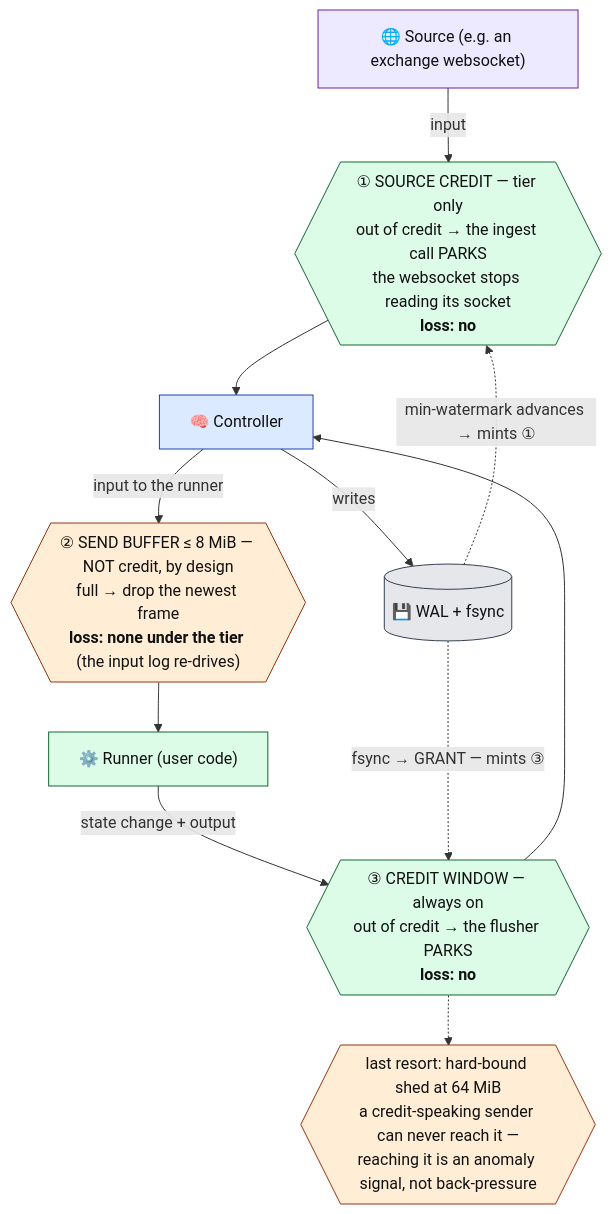
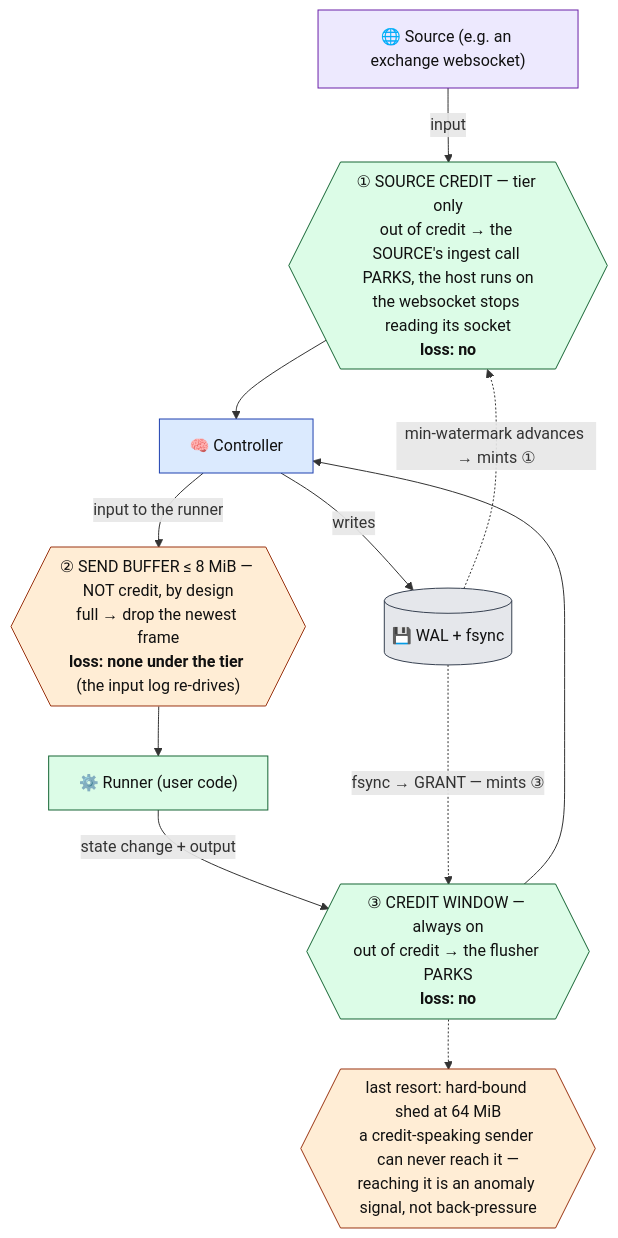
Before and after one commit to Flezha/flezha: diagram 12 of 17 in docs/architecture/kernel.md, drawn with Mermaid. The commit also changed other lines of this file and 21 other files, not shown here.

````diff
--- a/docs/architecture/kernel.md
+++ b/docs/architecture/kernel.md
@@ -543,26 +543,26 @@
 ```mermaid
 flowchart TB
     SRC["🌐 Source (e.g. an exchange websocket)"]:::src
-    G1{{"① SOURCE CREDIT — tier only<br/>out of credit → the ingest call PARKS<br/>the websocket stops reading its socket<br/><b>loss: no</b>"}}:::park
+    G1{{"① SOURCE CREDIT — tier only<br/>out of credit → the SOURCE's ingest call PARKS, the host runs on<br/>the websocket stops reading its socket<br/><b>loss: no</b>"}}:::park
     CTRL["🧠 Controller"]:::ctrl
     G2{{"② SEND BUFFER ≤ 8 MiB — NOT credit, by design<br/>full → drop the newest frame<br/><b>loss: none under the tier</b> (the input log re-drives)"}}:::drop
     EX["⚙️ Runner (user code)"]:::exec
     G3{{"③ CREDIT WINDOW — always on<br/>out of credit → the flusher PARKS<br/><b>loss: no</b>"}}:::park
     WAL[("💾 WAL + fsync")]:::store
     SHED{{"last resort: hard-bound shed at 64 MiB<br/>a credit-speaking sender can never reach it —<br/>reaching it is an anomaly signal, not back-pressure"}}:::drop
 
     SRC -->|"input"| G1 --> CTRL
     CTRL -->|"input to the runner"| G2 --> EX
     EX -->|"state change + output"| G3 --> CTRL
     CTRL -->|"writes"| WAL
     WAL -.->|"fsync → GRANT — mints ③"| G3
     WAL -.->|"min-watermark advances → mints ①"| G1
     G3 -.-> SHED
 
     classDef ctrl fill:#dbeafe,stroke:#1e40af,color:#111
     classDef exec fill:#dcfce7,stroke:#166534,color:#111
     classDef src fill:#ede9fe,stroke:#6b21a8,color:#111
     classDef store fill:#e5e7eb,stroke:#374151,color:#111
     classDef park fill:#dcfce7,stroke:#166534,color:#111
     classDef drop fill:#ffedd5,stroke:#9a3412,color:#111
 ```
````
